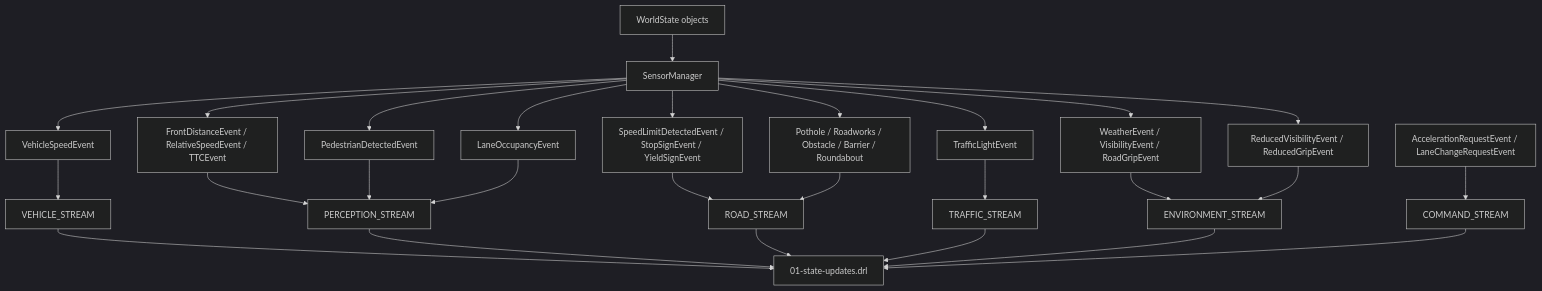
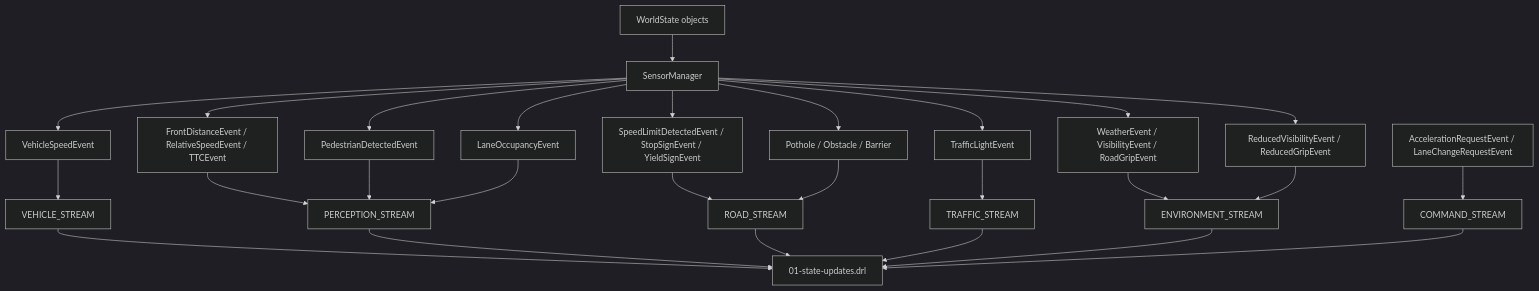
One commit to 1-2Drive/projeto-1 changed the diagram in diagrams/02-rule-stream-routing.md. Above: the diagram before and after it, drawn with Mermaid (dark theme). The commit also changed 75 other files, not shown here.

````diff
--- a/diagrams/02-rule-stream-routing.md
+++ b/diagrams/02-rule-stream-routing.md
@@ -1,35 +1,35 @@
 ```mermaid
 flowchart TD
     WORLD[WorldState objects] --> SENSORS[SensorManager]
     SENSORS --> SPEED
     SENSORS --> FRONT
     SENSORS --> PEDESTRIAN
     SENSORS --> LANE_OCC
     SENSORS --> SIGNS
     SENSORS --> HAZARDS
     SENSORS --> TL
     SENSORS --> WEATHER
     SENSORS --> LOW_ENV
 
     SPEED[VehicleSpeedEvent] --> VEHICLE_STREAM
     FRONT[FrontDistanceEvent / RelativeSpeedEvent / TTCEvent] --> PERCEPTION_STREAM
     PEDESTRIAN[PedestrianDetectedEvent] --> PERCEPTION_STREAM
     LANE_OCC[LaneOccupancyEvent] --> PERCEPTION_STREAM
 
     SIGNS[SpeedLimitDetectedEvent / StopSignEvent / YieldSignEvent] --> ROAD_STREAM
-    HAZARDS[Pothole / Roadworks / Obstacle / Barrier / Roundabout] --> ROAD_STREAM
+    HAZARDS[Pothole / Obstacle / Barrier] --> ROAD_STREAM
 
     TL[TrafficLightEvent] --> TRAFFIC_STREAM
 
     WEATHER[WeatherEvent / VisibilityEvent / RoadGripEvent] --> ENV_STREAM[ENVIRONMENT_STREAM]
     LOW_ENV[ReducedVisibilityEvent / ReducedGripEvent] --> ENV_STREAM
 
     CMD[AccelerationRequestEvent / LaneChangeRequestEvent] --> CMD_STREAM[COMMAND_STREAM]
 
     VEHICLE_STREAM --> UPDATES[01-state-updates.drl]
     PERCEPTION_STREAM --> UPDATES
     ROAD_STREAM --> UPDATES
     TRAFFIC_STREAM --> UPDATES
     ENV_STREAM --> UPDATES
     CMD_STREAM --> UPDATES
 ```
````
